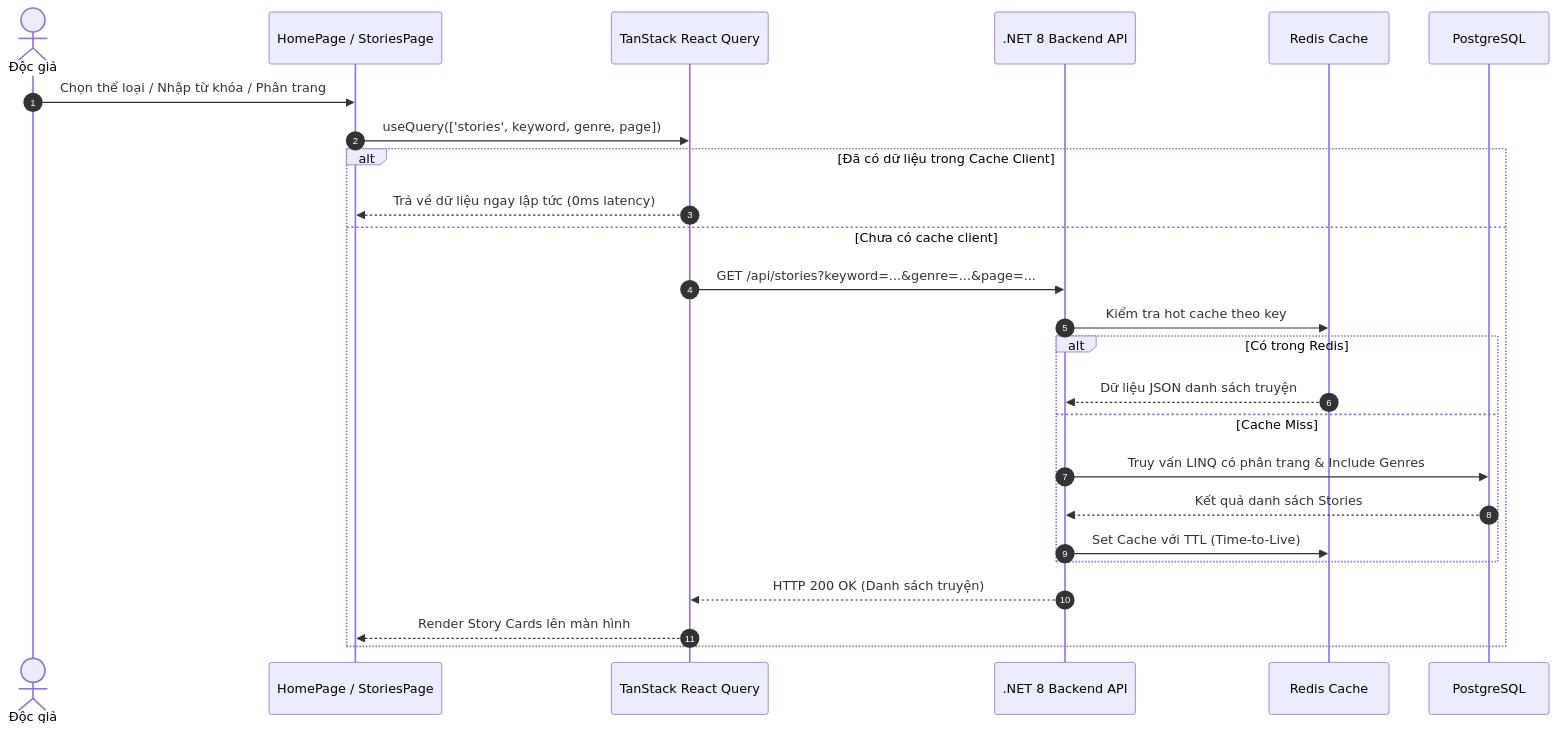
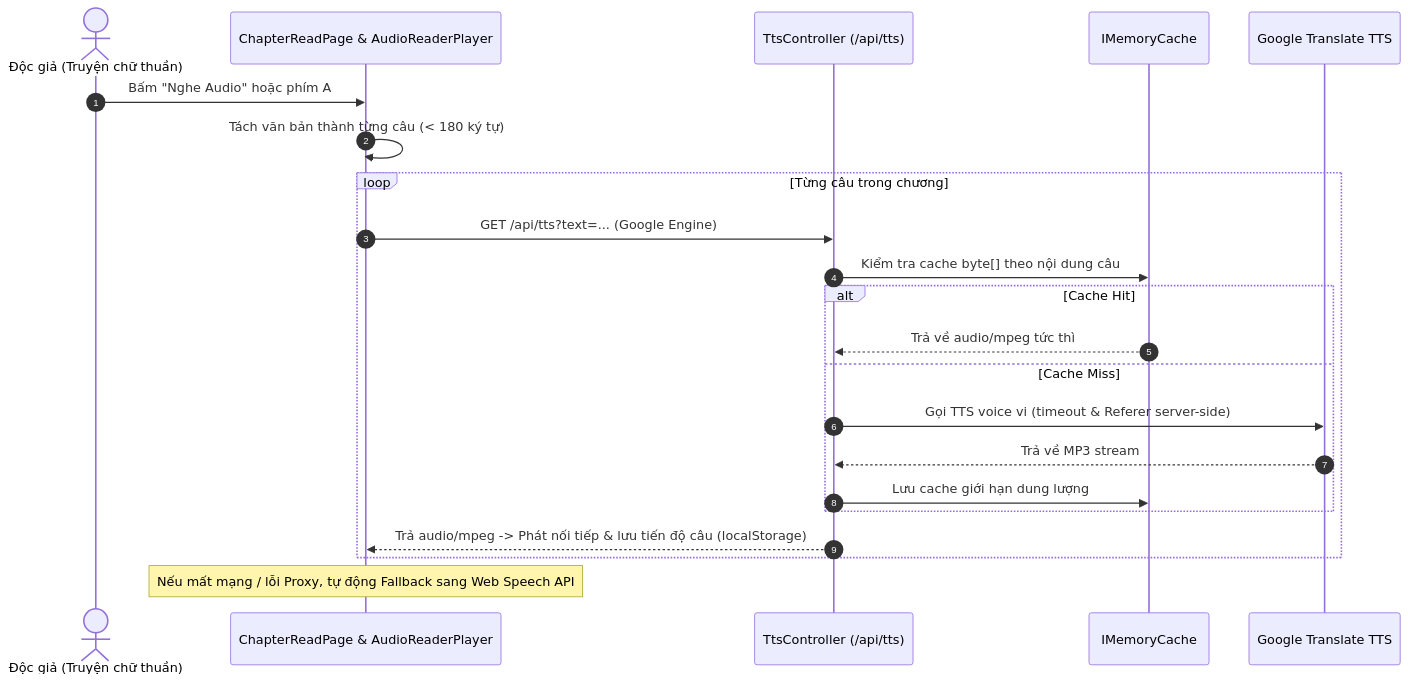
The fifth of 8 diagrams in KIEN_TRUC_CONG_NGHE_VA_FLOW.md (tuyenminhtran/HeThongQuanLyDocTruyen-Nhom-7), drawn with Mermaid before and after one commit. The commit also changed other lines of this file and 24 other files, not shown here.

Commit message:
Kiểm toán toàn diện Admin/Reader, sửa lỗi MemoryCache báo cáo trùng, chuẩn hóa script/SQL và đồng bộ tài liệu dự án

````diff
--- a/KIEN_TRUC_CONG_NGHE_VA_FLOW.md
+++ b/KIEN_TRUC_CONG_NGHE_VA_FLOW.md
@@ -143,28 +153,25 @@
 ```mermaid
 sequenceDiagram
     autonumber
-    actor Reader as Độc giả
-    participant Page as HomePage / StoriesPage
-    participant RQ as TanStack React Query
-    participant API as .NET 8 Backend API
-    participant Cache as Redis Cache
-    participant DB as PostgreSQL
+    actor User as Độc giả (Truyện chữ thuần)
+    participant Reader as ChapterReadPage & AudioReaderPlayer
+    participant TTS as TtsController (/api/tts)
+    participant Cache as IMemoryCache
+    participant Google as Google Translate TTS
 
-    Reader->>Page: Chọn thể loại / Nhập từ khóa / Phân trang
-    Page->>RQ: useQuery(['stories', keyword, genre, page])
-    alt Đã có dữ liệu trong Cache Client
-        RQ-->>Page: Trả về dữ liệu ngay lập tức (0ms latency)
-    else Chưa có cache client
-        RQ->>API: GET /api/stories?keyword=...&genre=...&page=...
-        API->>Cache: Kiểm tra hot cache theo key
-        alt Có trong Redis
-            Cache-->>API: Dữ liệu JSON danh sách truyện
+    User->>Reader: Bấm "Nghe Audio" hoặc phím A
+    Reader->>Reader: Tách văn bản thành từng câu (< 180 ký tự)
+    loop Từng câu trong chương
+        Reader->>TTS: GET /api/tts?text=... (Google Engine)
+        TTS->>Cache: Kiểm tra cache byte[] theo nội dung câu
+        alt Cache Hit
+            Cache-->>TTS: Trả về audio/mpeg tức thì
         else Cache Miss
-            API->>DB: Truy vấn LINQ có phân trang & Include Genres
-            DB-->>API: Kết quả danh sách Stories
-            API->>Cache: Set Cache với TTL (Time-to-Live)
+            TTS->>Google: Gọi TTS voice vi (timeout & Referer server-side)
+            Google-->>TTS: Trả về MP3 stream
+            TTS->>Cache: Lưu cache giới hạn dung lượng
         end
-        API-->>RQ: HTTP 200 OK (Danh sách truyện)
-        RQ-->>Page: Render Story Cards lên màn hình
+        TTS-->>Reader: Trả audio/mpeg -> Phát nối tiếp & lưu tiến độ câu (localStorage)
     end
+    Note over Reader: Nếu mất mạng / lỗi Proxy, tự động Fallback sang Web Speech API
 ```
````
